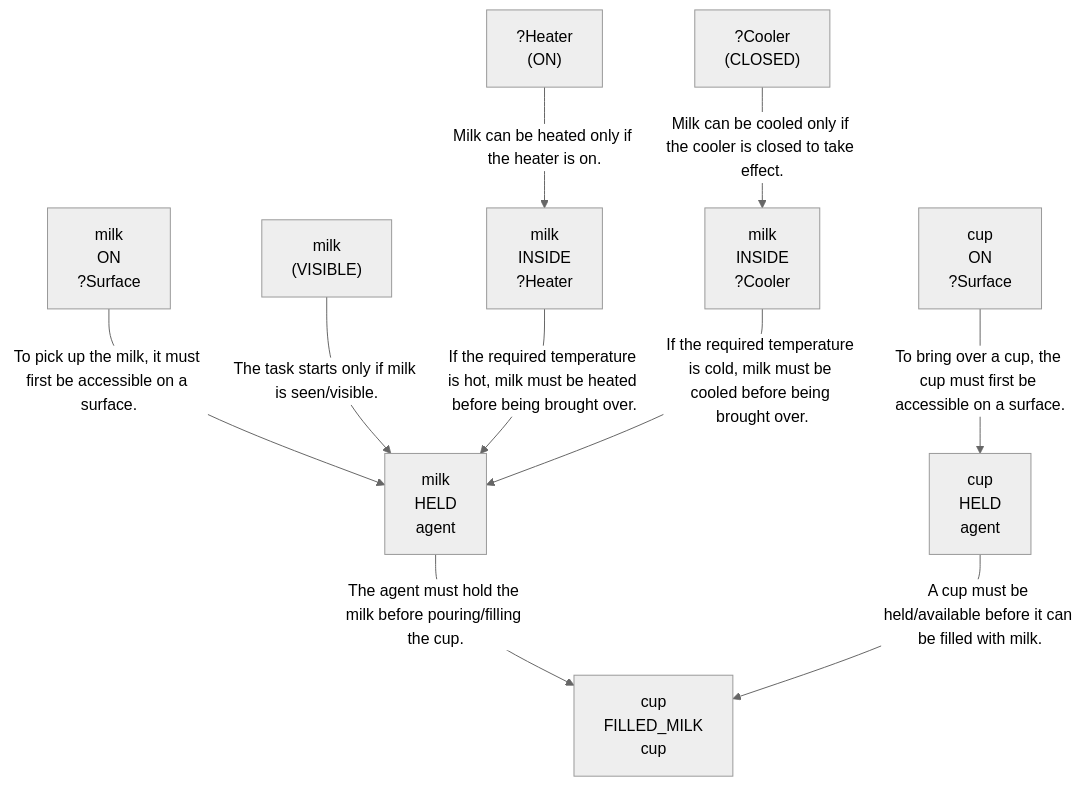
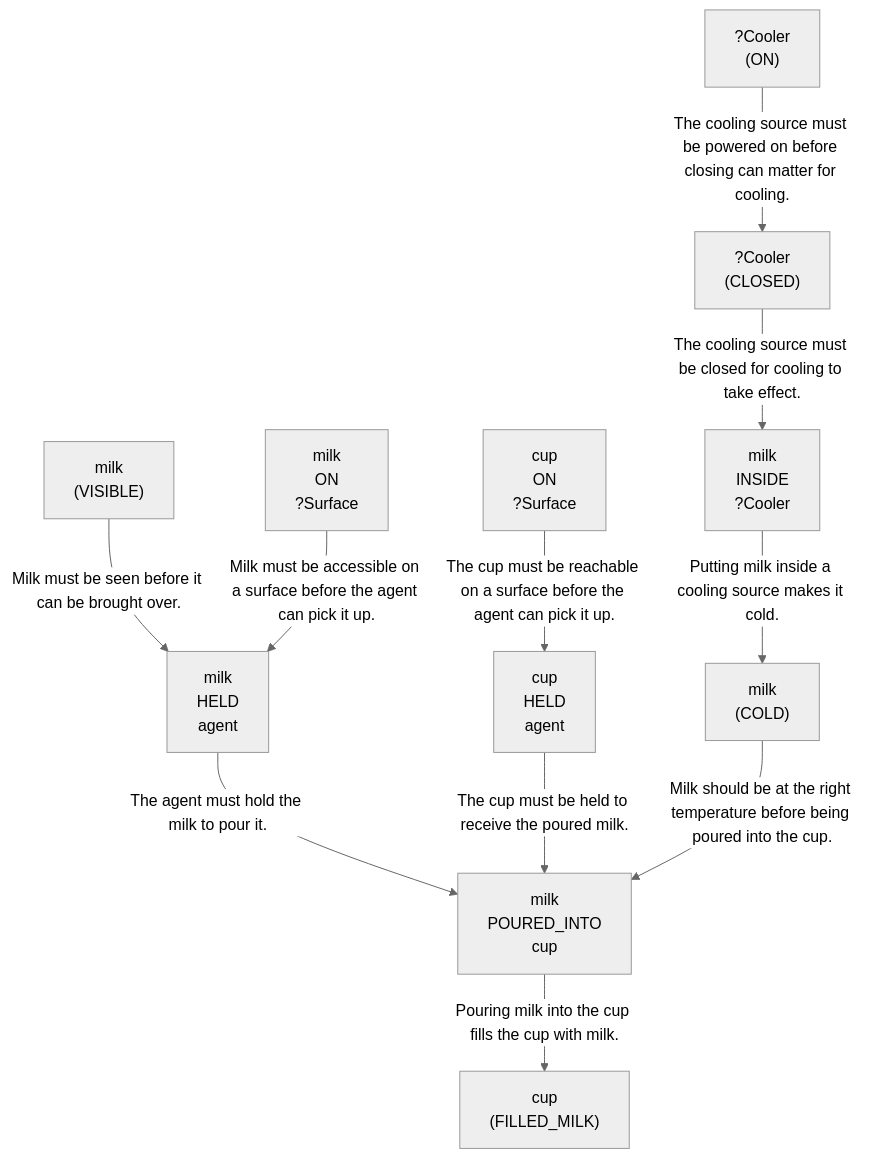
Before and after one commit to scuama/virtualhome: the fourth of 4 diagrams in evaluation/results/table3/robostate/runs/without_parameter_binding/G2_08/run_T3_without_parameter_binding_G2_08.md, drawn with Mermaid (neutral theme). The commit also changed other lines of this file and 507 other files, not shown here.

````diff
--- a/evaluation/results/table3/robostate/runs/without_parameter_binding/G2_08/run_T3_without_parameter_binding_G2_08.md
+++ b/evaluation/results/table3/robostate/runs/without_parameter_binding/G2_08/run_T3_without_parameter_binding_G2_08.md
@@ -210,22 +216,24 @@
 ```mermaid
 graph TD
-    N1["milk<br>HELD<br>agent"]
-    N2["milk<br>ON<br>?Surface"]
-    N3["milk<br>(VISIBLE)"]
-    N4["cup<br>HELD<br>agent"]
-    N5["cup<br>ON<br>?Surface"]
-    N6["cup<br>FILLED_MILK<br>cup"]
-    N7["milk<br>INSIDE<br>?Heater"]
-    N8["?Heater<br>(ON)"]
-    N9["milk<br>INSIDE<br>?Cooler"]
-    N10["?Cooler<br>(CLOSED)"]
-    N2 -->|"To pick up the milk, it must first be accessible on a surface."| N1
-    N3 -->|"The task starts only if milk is seen/visible."| N1
-    N5 -->|"To bring over a cup, the cup must first be accessible on a surface."| N4
-    N1 -->|"The agent must hold the milk before pouring/filling the cup."| N6
-    N4 -->|"A cup must be held/available before it can be filled with milk."| N6
-    N8 -->|"Milk can be heated only if the heater is on."| N7
-    N7 -->|"If the required temperature is hot, milk must be heated before being brought over."| N1
-    N10 -->|"Milk can be cooled only if the cooler is closed to take effect."| N9
-    N9 -->|"If the required temperature is cold, milk must be cooled before being brought over."| N1
+    N1["milk<br>(VISIBLE)"]
+    N2["cup<br>HELD<br>agent"]
+    N3["milk<br>HELD<br>agent"]
+    N4["cup<br>ON<br>?Surface"]
+    N5["milk<br>ON<br>?Surface"]
+    N6["milk<br>INSIDE<br>?Cooler"]
+    N7["?Cooler<br>(CLOSED)"]
+    N8["?Cooler<br>(ON)"]
+    N9["milk<br>(COLD)"]
+    N10["milk<br>POURED_INTO<br>cup"]
+    N11["cup<br>(FILLED_MILK)"]
+    N1 -->|"Milk must be seen before it can be brought over."| N3
+    N4 -->|"The cup must be reachable on a surface before the agent can pick it up."| N2
+    N5 -->|"Milk must be accessible on a surface before the agent can pick it up."| N3
+    N7 -->|"The cooling source must be closed for cooling to take effect."| N6
+    N8 -->|"The cooling source must be powered on before closing can matter for cooling."| N7
+    N6 -->|"Putting milk inside a cooling source makes it cold."| N9
+    N3 -->|"The agent must hold the milk to pour it."| N10
+    N2 -->|"The cup must be held to receive the poured milk."| N10
+    N10 -->|"Pouring milk into the cup fills the cup with milk."| N11
+    N9 -->|"Milk should be at the right temperature before being poured into the cup."| N10
 ```
````
